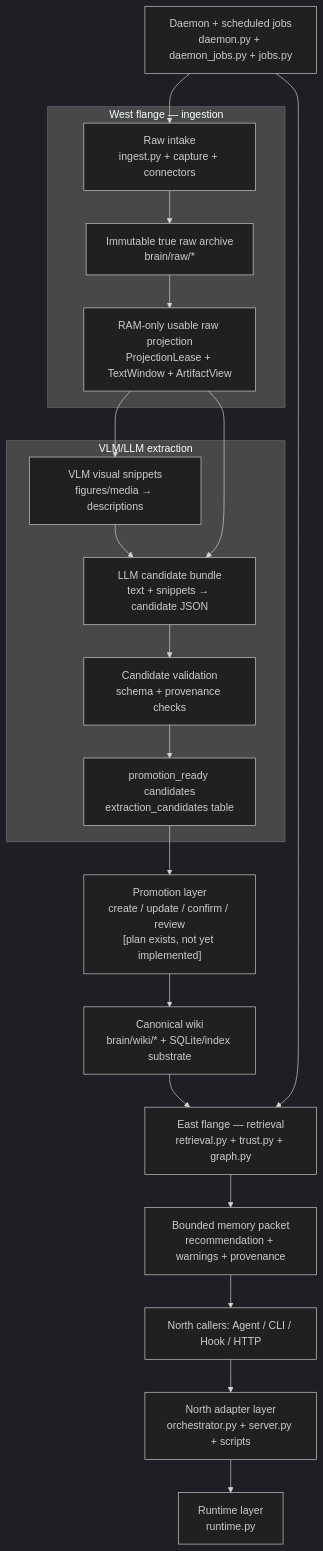
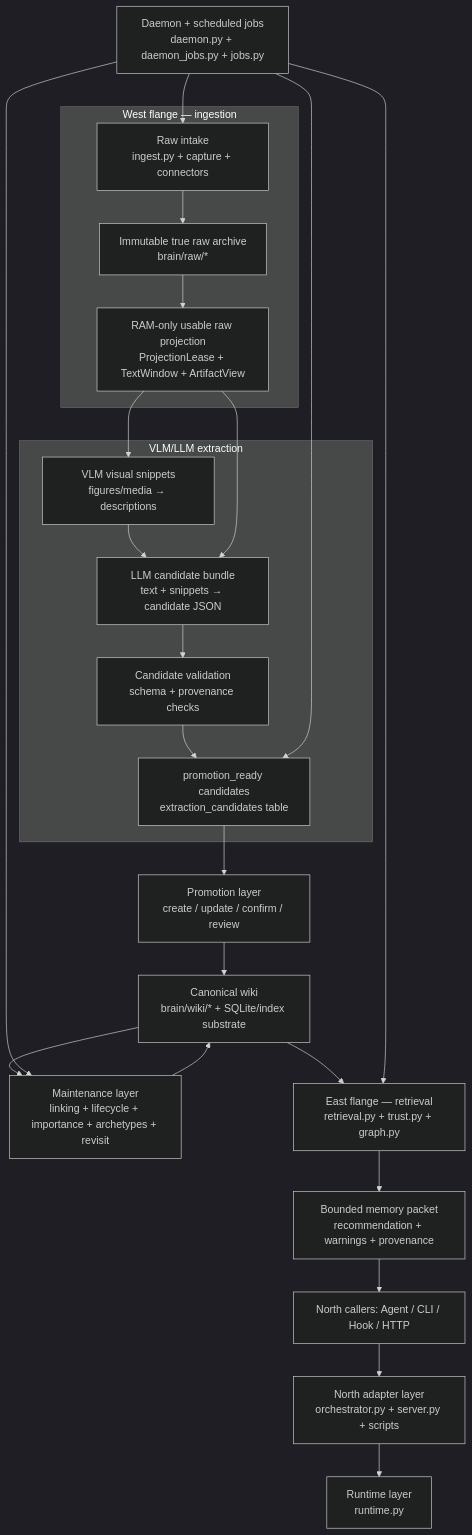
Before and after one commit to Jianyu010/MnemonicOS: the first of 3 diagrams in README.md, drawn with Mermaid (dark theme). The commit also changed other lines of this file and 45 other files, not shown here.

First line of the commit message:
Finish maintenance layer and stabilize east-flange boundary

````diff
--- a/README.md
+++ b/README.md
@@ -14,31 +14,35 @@
 ```mermaid
 flowchart TD
     A["North callers: Agent / CLI / Hook / HTTP"] --> B["North adapter layer\norchestrator.py + server.py + scripts"]
     B --> C["Runtime layer\nruntime.py"]
 
     subgraph W["West flange — ingestion"]
         W1["Raw intake\ningest.py + capture + connectors"]
         W2["Immutable true raw archive\nbrain/raw/*"]
         W3["RAM-only usable raw projection\nProjectionLease + TextWindow + ArtifactView"]
         W1 --> W2 --> W3
     end
 
     subgraph X["VLM/LLM extraction"]
         X1["VLM visual snippets\nfigures/media → descriptions"]
         X2["LLM candidate bundle\ntext + snippets → candidate JSON"]
         X3["Candidate validation\nschema + provenance checks"]
         X4["promotion_ready candidates\nextraction_candidates table"]
         X1 --> X2 --> X3 --> X4
     end
 
     W3 --> X1
     W3 --> X2
-    X4 --> E["Promotion layer\ncreate / update / confirm / review\n[plan exists, not yet implemented]"]
+    X4 --> E["Promotion layer\ncreate / update / confirm / review"]
     E --> F["Canonical wiki\nbrain/wiki/* + SQLite/index substrate"]
+    F --> M["Maintenance layer\nlinking + lifecycle + importance + archetypes + revisit"]
+    M --> F
     F --> G["East flange — retrieval\nretrieval.py + trust.py + graph.py"]
     G --> H["Bounded memory packet\nrecommendation + warnings + provenance"]
     H --> A
 
     I["Daemon + scheduled jobs\ndaemon.py + daemon_jobs.py + jobs.py"] --> W1
+    I --> X4
+    I --> M
     I --> G
 ```
````
